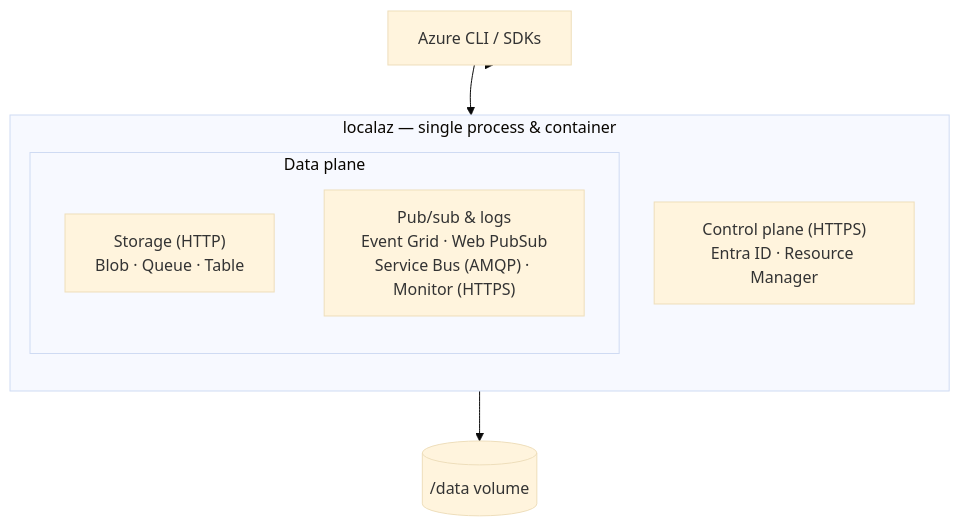
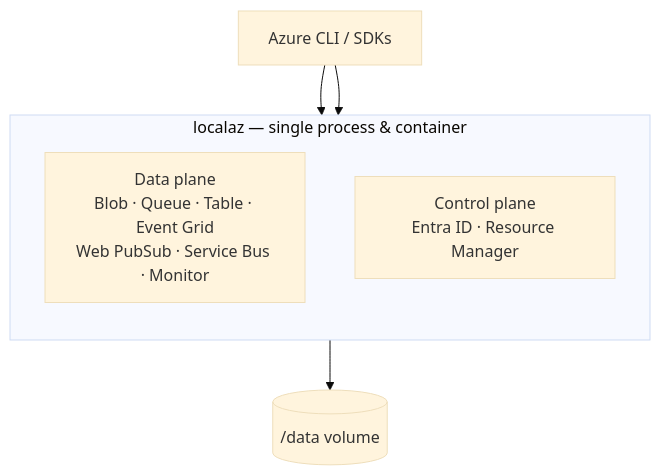
The diagram in docs/content/architecture/_index.md (link-society/localaz), drawn with Mermaid (base theme) before and after one commit. The commit also changed other lines of this file and 13 other files, not shown here.

First line of the commit message:
:memo: address review: de-duplicate, show-don't-tell, trim, fix event-grid import

````diff
--- a/docs/content/architecture/_index.md
+++ b/docs/content/architecture/_index.md
@@ -11,17 +11,14 @@
 ```mermaid
 flowchart TB
     clients["Azure CLI / SDKs"]
 
     subgraph proc["localaz — single process &amp; container"]
       direction TB
-      subgraph data["Data plane"]
-        storage["Storage (HTTP)<br/>Blob · Queue · Table"]
-        pubsub["Pub/sub &amp; logs<br/>Event Grid · Web PubSub<br/>Service Bus (AMQP) · Monitor (HTTPS)"]
-      end
-      control["Control plane (HTTPS)<br/>Entra ID · Resource Manager"]
+      data["Data plane<br/>Blob · Queue · Table · Event Grid<br/>Web PubSub · Service Bus · Monitor"]
+      control["Control plane<br/>Entra ID · Resource Manager"]
     end
 
     clients --> data
     clients --> control
-    storage --> disk[("/data volume")]
+    data --> disk[("/data volume")]
 ```
````
